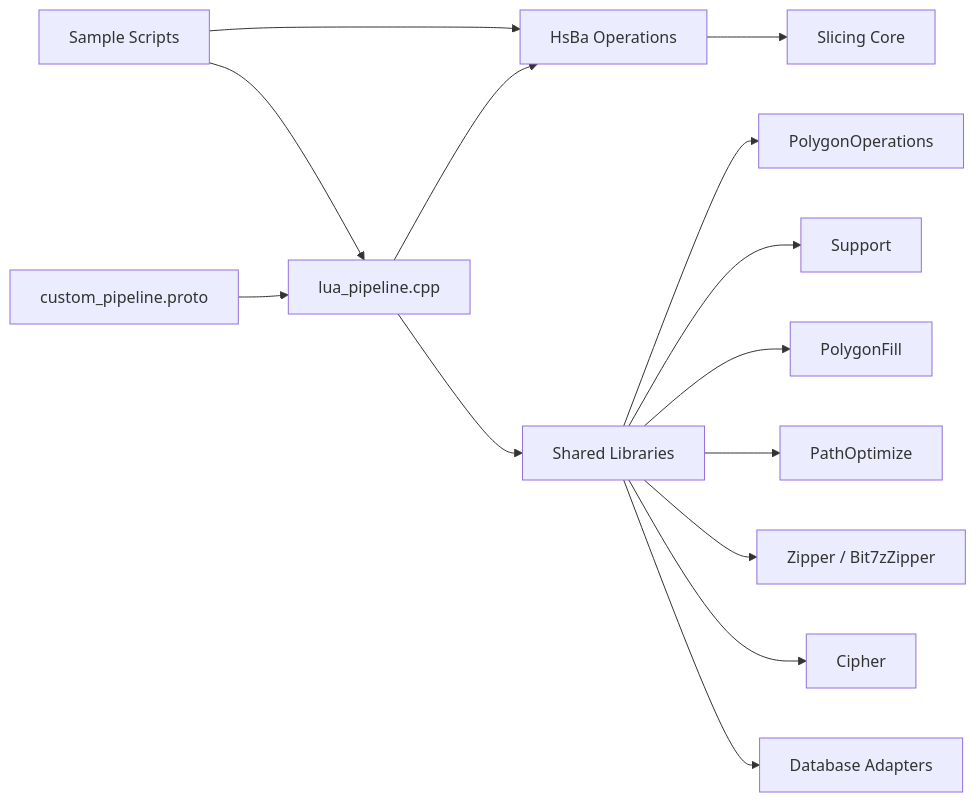
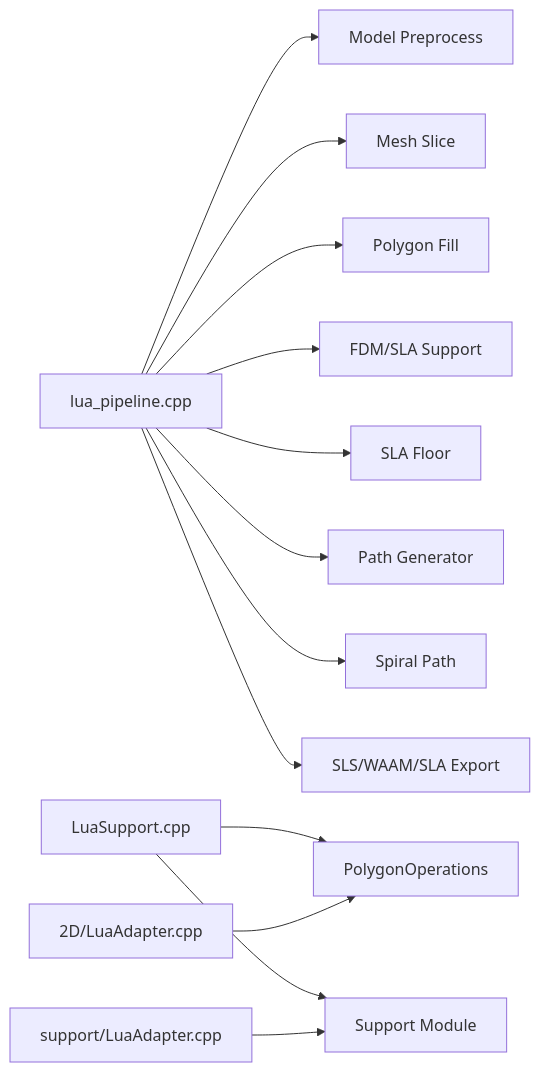
Before and after one commit to hsmbanlance/HsBaSlicer: the sixth of 6 diagrams in .qoder/repowiki/en/content/Lua Scripting System/Lua Scripting System.md, drawn with Mermaid. The commit also changed other lines of this file and 1095 other files, not shown here.

````diff
--- a/.qoder/repowiki/en/content/Lua Scripting System/Lua Scripting System.md
+++ b/.qoder/repowiki/en/content/Lua Scripting System/Lua Scripting System.md
@@ -524,16 +365,15 @@
 ```mermaid
 graph LR
-Proto["custom_pipeline.proto"] --> Driver["lua_pipeline.cpp"]
-Driver --> Ops["HsBa Operations"]
-Ops --> Core["Slicing Core"]
-Driver --> Shared["Shared Libraries"]
-Shared --> PolyOps["PolygonOperations"]
-Shared --> SupportMod["Support"]
-Shared --> FillMod["PolygonFill"]
-Shared --> PathOpt["PathOptimize"]
-Shared --> Zip["Zipper / Bit7zZipper"]
-Shared --> Cipher["Cipher"]
-Shared --> DB["Database Adapters"]
-Samples["Sample Scripts"] --> Driver
-Samples --> Ops
+LuaPipeline["lua_pipeline.cpp"] --> ModelPreprocess["Model Preprocess"]
+LuaPipeline --> MeshSlice["Mesh Slice"]
+LuaPipeline --> Fill["Polygon Fill"]
+LuaPipeline --> Support["FDM/SLA Support"]
+LuaPipeline --> Floor["SLA Floor"]
+LuaPipeline --> PathGen["Path Generator"]
+LuaPipeline --> Spiral["Spiral Path"]
+LuaPipeline --> Export["SLS/WAAM/SLA Export"]
+LuaSupport["LuaSupport.cpp"] --> PolyOps["PolygonOperations"]
+LuaSupport --> SupportModule["Support Module"]
+PolyAdapter["2D/LuaAdapter.cpp"] --> PolyOps
+SupportAdapter["support/LuaAdapter.cpp"] --> SupportModule
 ```
````
